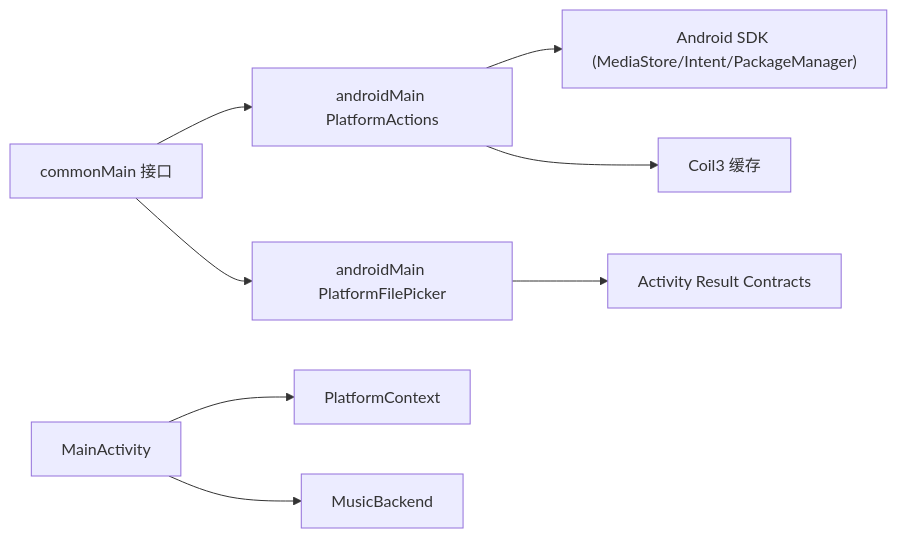
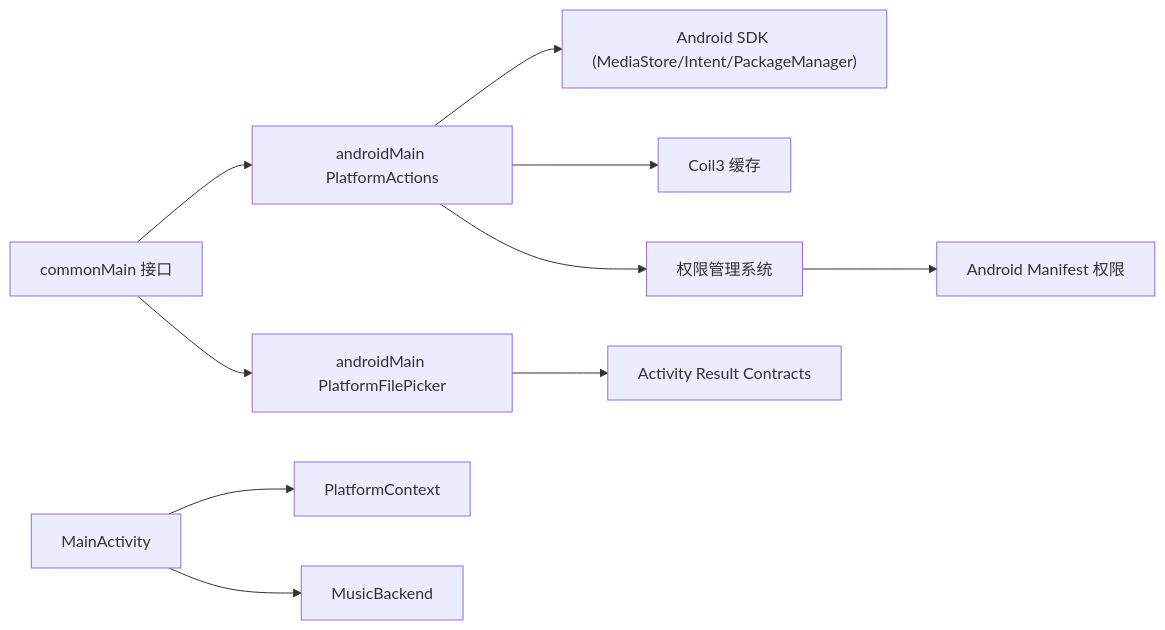
The seventh of 7 diagrams in .qoder/repowiki/zh/content/平台特定实现/Android 平台实现/Android 平台操作.md (Aurora-Nasa-1/CPPlayer-KMP), drawn with Mermaid before and after one commit. The commit also changed other lines of this file and 47 other files, not shown here.

````diff
--- a/.qoder/repowiki/zh/content/平台特定实现/Android 平台实现/Android 平台操作.md
+++ b/.qoder/repowiki/zh/content/平台特定实现/Android 平台实现/Android 平台操作.md
@@ -230,10 +321,12 @@
 ```mermaid
 graph LR
 Common["commonMain 接口"] --> ImplA["androidMain PlatformActions"]
 Common --> ImplB["androidMain PlatformFilePicker"]
 ImplA --> SDK["Android SDK (MediaStore/Intent/PackageManager)"]
 ImplB --> AR["Activity Result Contracts"]
 MainAct["MainActivity"] --> PC["PlatformContext"]
 MainAct --> MB["MusicBackend"]
 ImplA --> Coil["Coil3 缓存"]
+ImplA --> Perm["权限管理系统"]
+Perm --> Manifest["Android Manifest 权限"]
 ```
````
